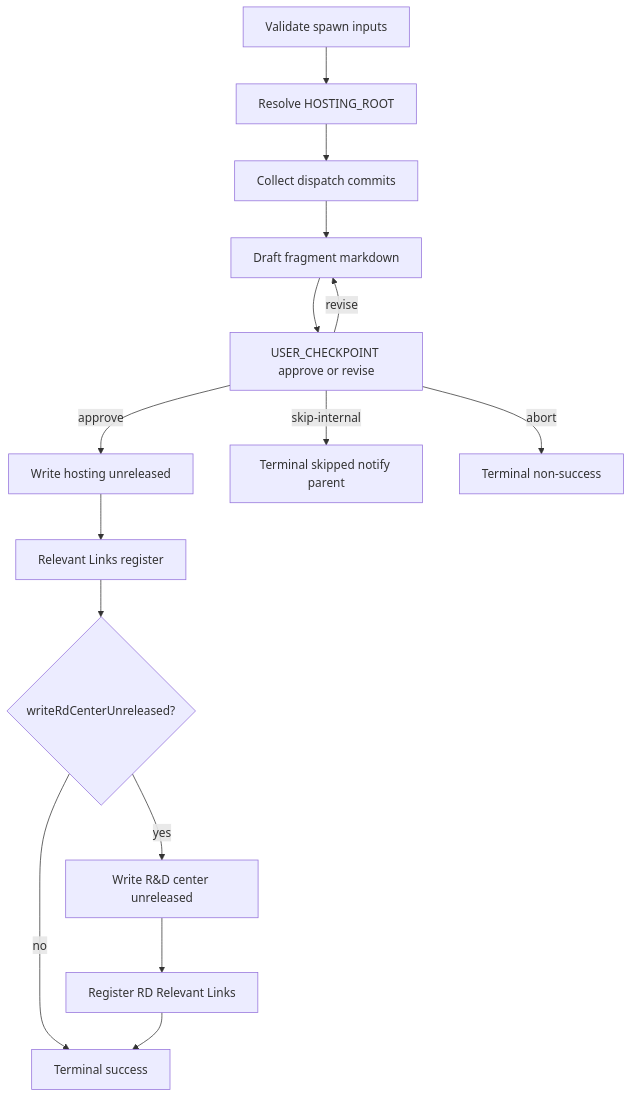
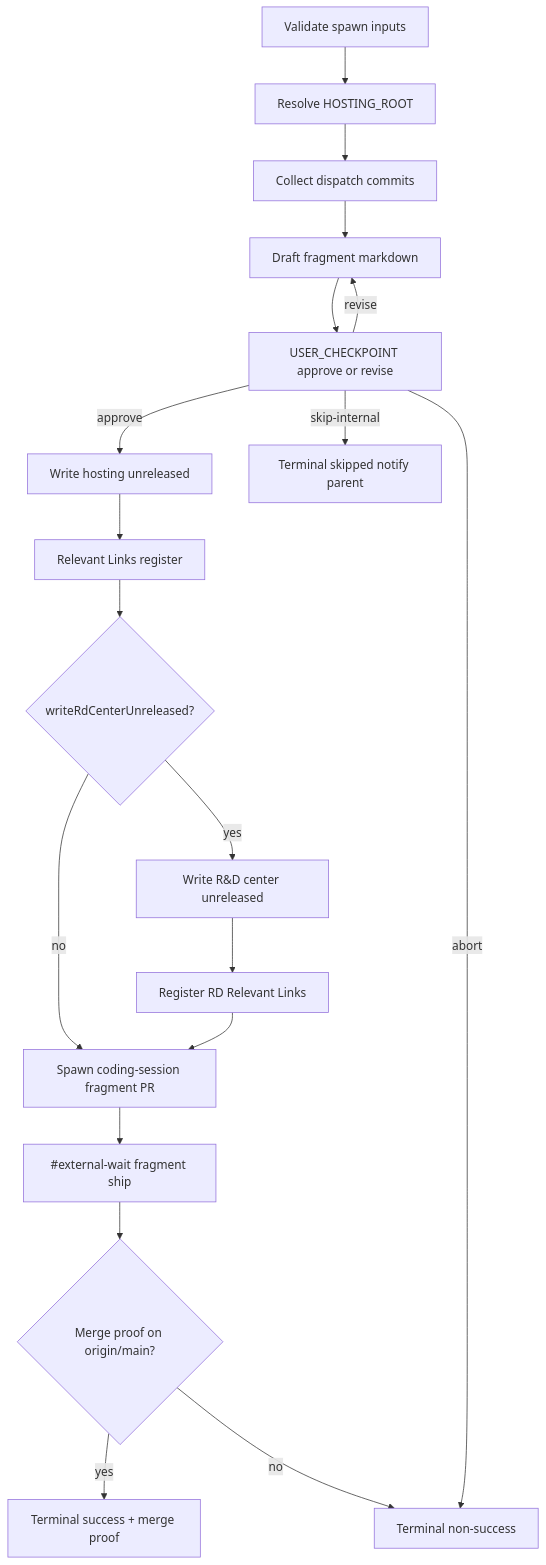
Before and after one commit to sedea-ai/research-and-development: the diagram in missions/plan-and-deliver/skills/capture-release-note/SKILL.md, drawn with Mermaid. The commit also changed other lines of this file and 1 other file, not shown here.

First line of the commit message:
feat(capture-release-note): require fragment PR merge proof for dissolve

````diff
--- a/missions/plan-and-deliver/skills/capture-release-note/SKILL.md
+++ b/missions/plan-and-deliver/skills/capture-release-note/SKILL.md
@@ -117,17 +121,21 @@
 ```mermaid
 flowchart TD
   A[Validate spawn inputs] --> B[Resolve HOSTING_ROOT]
   B --> C[Collect dispatch commits]
   C --> D[Draft fragment markdown]
   D --> E[USER_CHECKPOINT approve or revise]
   E -->|revise| D
   E -->|approve| F[Write hosting unreleased]
   F --> R[Relevant Links register]
   R --> G{writeRdCenterUnreleased?}
   G -->|yes| H[Write R&D center unreleased]
-  G -->|no| I[Terminal success]
+  G -->|no| S[Spawn coding-session fragment PR]
   H --> R2[Register RD Relevant Links]
-  R2 --> I
+  R2 --> S
+  S --> W[#external-wait fragment ship]
+  W --> M{Merge proof on origin/main?}
+  M -->|yes| I[Terminal success + merge proof]
+  M -->|no| J[Terminal non-success]
   E -->|skip-internal| K[Terminal skipped notify parent]
-  E -->|abort| J[Terminal non-success]
+  E -->|abort| J
 ```
````
